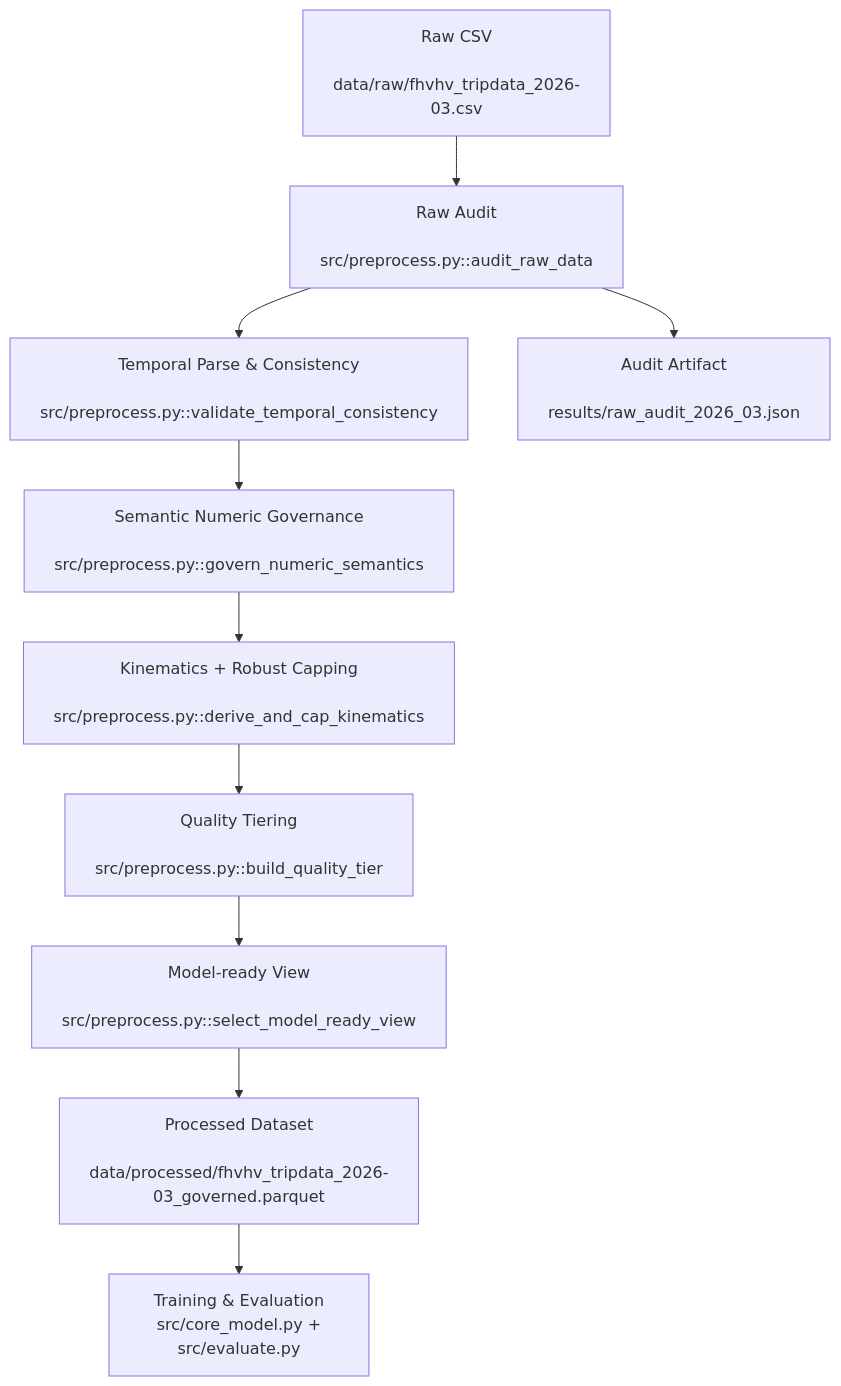
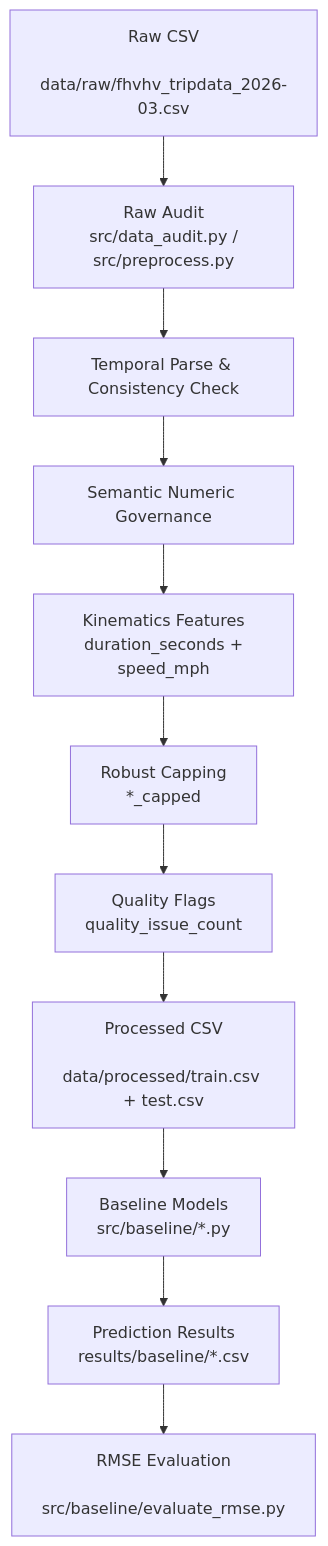
Before and after one commit to C-CH621/datamining-taxi-2026-ChiikaDD: the diagram in document/midterm/ChiikaDD.md, drawn with Mermaid. The commit also changed other lines of this file, not shown here.

````diff
--- a/document/midterm/ChiikaDD.md
+++ b/document/midterm/ChiikaDD.md
@@ -56,12 +97,13 @@
 ```mermaid
 flowchart TD
-    A[Raw CSV\n data/raw/fhvhv_tripdata_2026-03.csv] --> B[Raw Audit\n src/preprocess.py::audit_raw_data]
-    B --> C[Temporal Parse & Consistency\n src/preprocess.py::validate_temporal_consistency]
-    C --> D[Semantic Numeric Governance\n src/preprocess.py::govern_numeric_semantics]
-    D --> E[Kinematics + Robust Capping\n src/preprocess.py::derive_and_cap_kinematics]
-    E --> F[Quality Tiering\n src/preprocess.py::build_quality_tier]
-    F --> G[Model-ready View\n src/preprocess.py::select_model_ready_view]
-    B --> H[Audit Artifact\n results/raw_audit_2026_03.json]
-    G --> I[Processed Dataset\n data/processed/fhvhv_tripdata_2026-03_governed.parquet]
-    I --> J[Training & Evaluation\n src/core_model.py + src/evaluate.py]
+    A[Raw CSV\n data/raw/fhvhv_tripdata_2026-03.csv] --> B[Raw Audit\n src/data_audit.py / src/preprocess.py]
+    B --> C[Temporal Parse & Consistency Check]
+    C --> D[Semantic Numeric Governance]
+    D --> E[Kinematics Features\n duration_seconds + speed_mph]
+    E --> F[Robust Capping\n *_capped]
+    F --> G[Quality Flags\n quality_issue_count]
+    G --> H[Processed CSV\n data/processed/train.csv + test.csv]
+    H --> I[Baseline Models\n src/baseline/*.py]
+    I --> J[Prediction Results\n results/baseline/*.csv]
+    J --> K[RMSE Evaluation\n src/baseline/evaluate_rmse.py]
 ```
````
